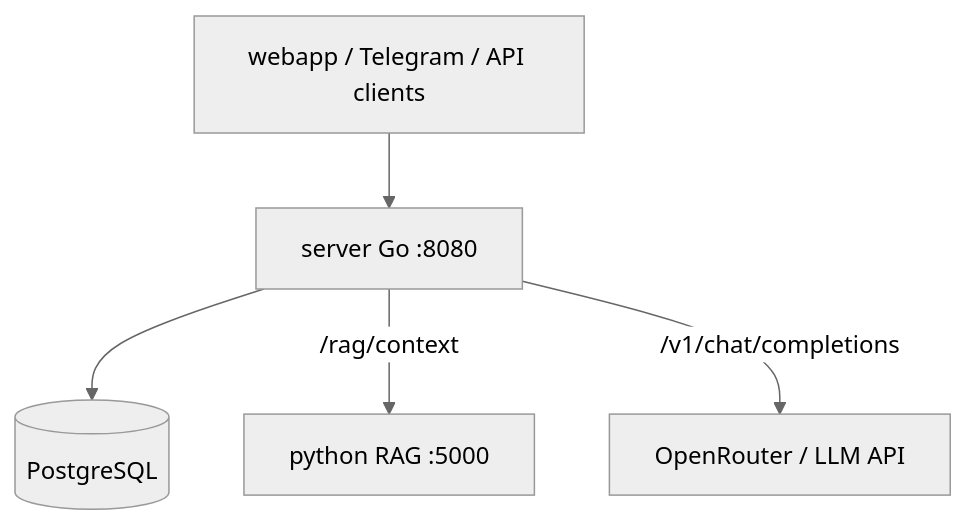
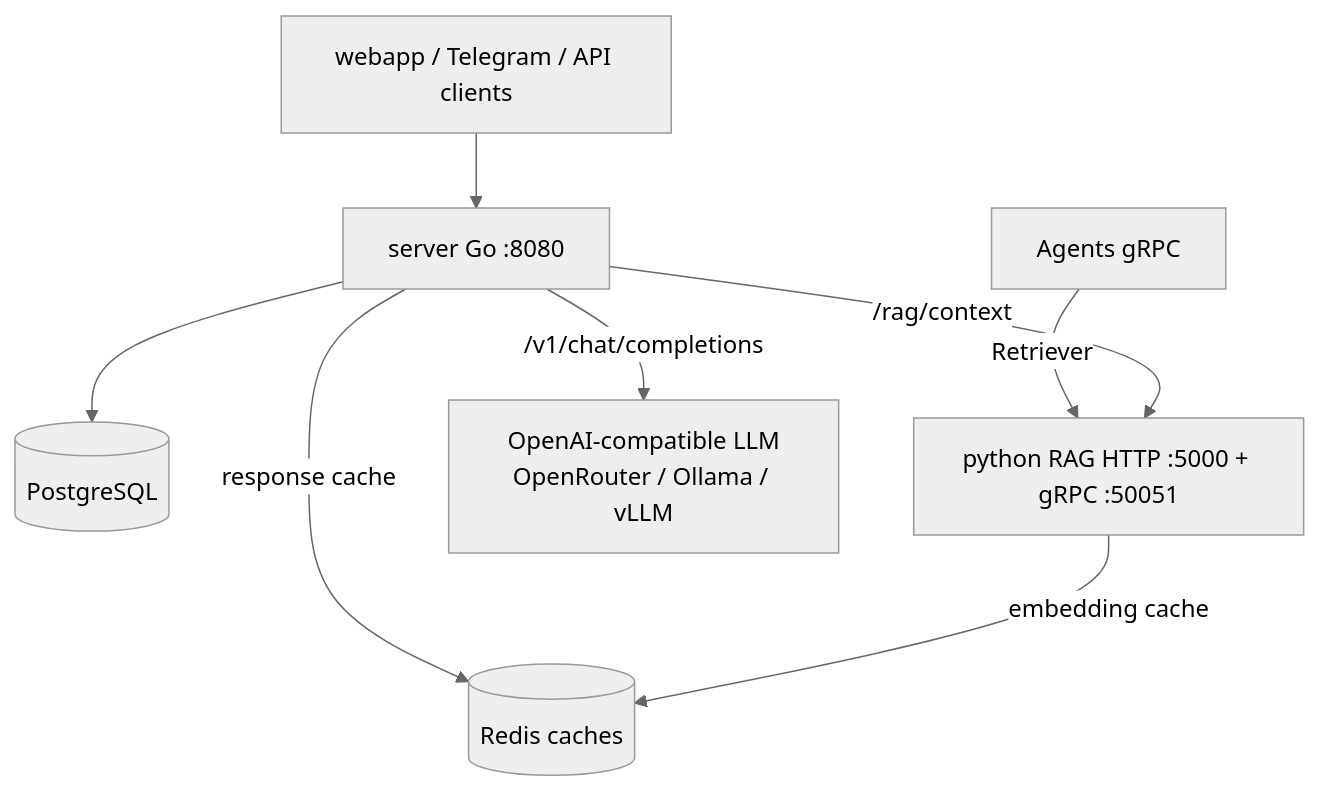
Before and after one commit to kantik001/grounded-llm: the diagram in docs/en/knowledge-base/server-overview.md, drawn with Mermaid (neutral theme). The commit also changed 3 other files, not shown here.

First line of the commit message:
docs: refresh architecture diagram for v0.3

````diff
--- a/docs/en/knowledge-base/server-overview.md
+++ b/docs/en/knowledge-base/server-overview.md
@@ -51,13 +51,18 @@
 ```mermaid
 flowchart TB
     Web[webapp / Telegram / API clients]
+    Agents[Agents gRPC]
     Go[server Go :8080]
     PG[(PostgreSQL)]
-    Py[python RAG :5000]
-    LLM[OpenRouter / LLM API]
+    Redis[(Redis caches)]
+    Py[python RAG HTTP :5000 + gRPC :50051]
+    LLM[OpenAI-compatible LLM\nOpenRouter / Ollama / vLLM]
 
     Web --> Go
+    Agents -->|Retriever| Py
     Go --> PG
+    Go -->|response cache| Redis
     Go -->|/rag/context| Py
+    Py -->|embedding cache| Redis
     Go -->|/v1/chat/completions| LLM
 ```
````
